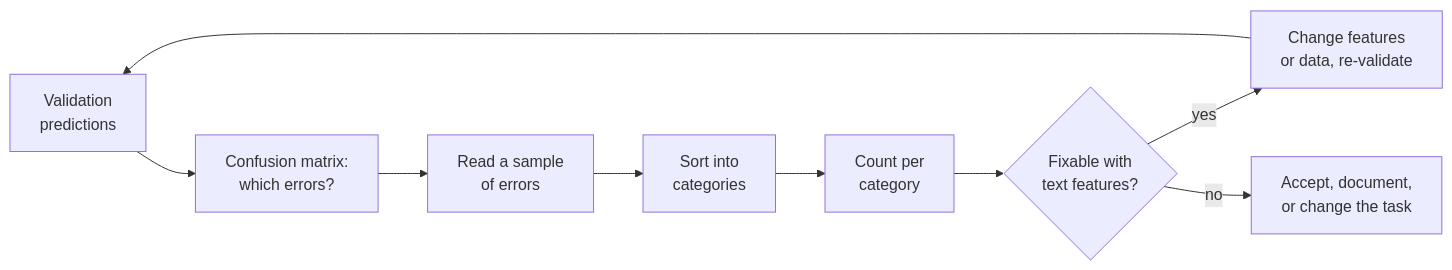
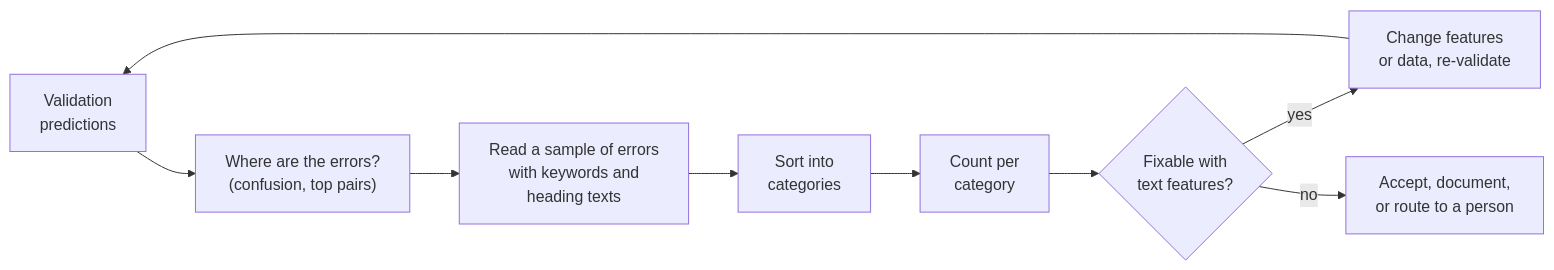
The first of 3 diagrams in sessions/13-classical-nlp/theory/03-error-analysis-and-limits.md (khoadaniel/statistical-programming-mpmd-htw-ws-2026), drawn with Mermaid before and after one commit. The commit also changed other lines of this file and 268 other files, not shown here.

````diff
--- a/sessions/13-classical-nlp/theory/03-error-analysis-and-limits.md
+++ b/sessions/13-classical-nlp/theory/03-error-analysis-and-limits.md
@@ -7,11 +7,11 @@
 ```mermaid
 flowchart LR
-    A["Validation<br/>predictions"] --> B["Confusion matrix:<br/>which errors?"]
-    B --> C["Read a sample<br/>of errors"]
+    A["Validation<br/>predictions"] --> B["Where are the errors?<br/>(confusion, top pairs)"]
+    B --> C["Read a sample of errors<br/>with keywords and<br/>heading texts"]
     C --> D["Sort into<br/>categories"]
     D --> E["Count per<br/>category"]
     E --> F{"Fixable with<br/>text features?"}
     F -->|yes| G["Change features<br/>or data, re-validate"]
-    F -->|no| H["Accept, document,<br/>or change the task"]
+    F -->|no| H["Accept, document,<br/>or route to a person"]
     G --> A
 ```
````
